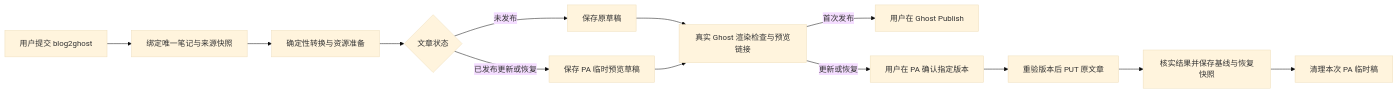
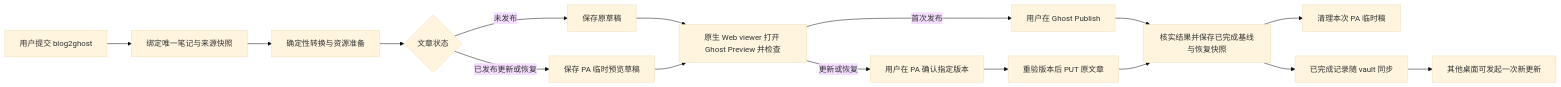
Before and after one commit to edonyzpc/personal-assistant: the diagram in docs/development/ghost-blog-publishing-design.md, drawn with Mermaid (base theme). The commit also changed other lines of this file and 10 other files, not shown here.

````diff
--- a/docs/development/ghost-blog-publishing-design.md
+++ b/docs/development/ghost-blog-publishing-design.md
@@ -49,15 +53,18 @@
 ```mermaid
 flowchart LR
     A[用户提交 blog2ghost] --> B[绑定唯一笔记与来源快照]
     B --> C[确定性转换与资源准备]
     C --> D{文章状态}
     D -->|未发布| E[保存原草稿]
     D -->|已发布更新或恢复| F[保存 PA 临时预览草稿]
-    E --> G[真实 Ghost 渲染检查与预览链接]
+    E --> G[原生 Web viewer 打开 Ghost Preview 并检查]
     F --> G
     G -->|首次发布| H[用户在 Ghost Publish]
     G -->|更新或恢复| I[用户在 PA 确认指定版本]
     I --> J[重验版本后 PUT 原文章]
-    J --> K[核实结果并保存基线与恢复快照]
+    H --> K[核实结果并保存已完成基线与恢复快照]
+    J --> K
     K --> L[清理本次 PA 临时稿]
+    K --> M[已完成记录随 vault 同步]
+    M --> N[其他桌面可发起一次新更新]
 ```
````
